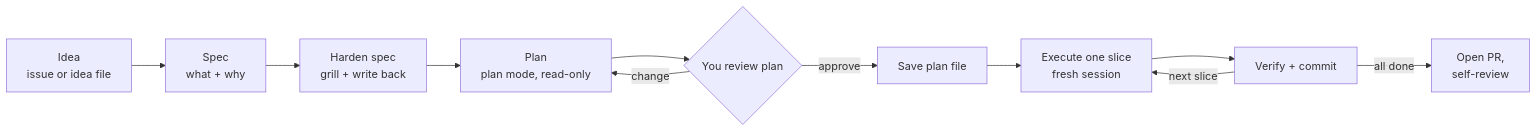
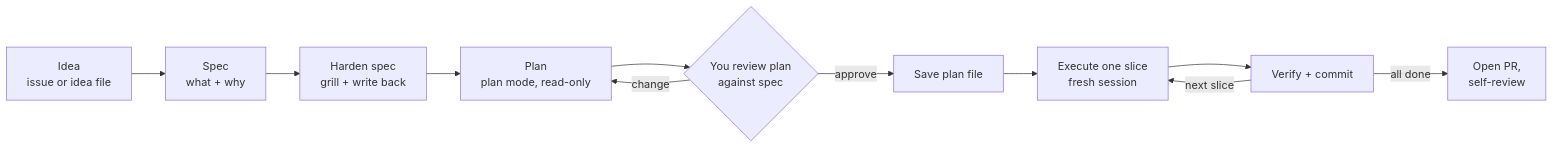
The first of 3 diagrams in levels/L3-spec-plan-code.md (tomschinelli/ai-engineering-guide), drawn with Mermaid before and after one commit. The commit also changed other lines of this file, not shown here.

Commit message:
L3: fold plan grilling into step 5, renumber steps, add skills-later note

````diff
--- a/levels/L3-spec-plan-code.md
+++ b/levels/L3-spec-plan-code.md
@@ -10,13 +14,13 @@
 ```mermaid
 flowchart LR
     I[Idea<br/>issue or idea file] --> S[Spec<br/>what + why]
     S --> H[Harden spec<br/>grill + write back]
     H --> P[Plan<br/>plan mode, read-only]
-    P --> R{You review plan}
+    P --> R{You review plan<br/>against spec}
     R -- change --> P
     R -- approve --> F[Save plan file]
     F --> X[Execute one slice<br/>fresh session]
     X --> V[Verify + commit]
     V -- next slice --> X
     V -- all done --> PR[Open PR,<br/>self-review]
 ```
````
